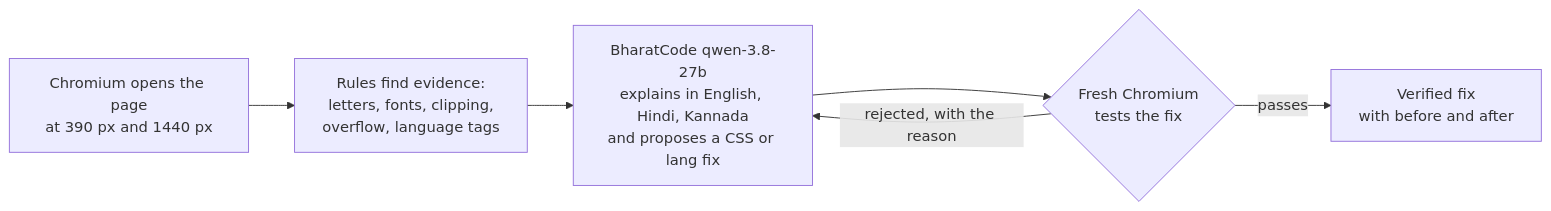
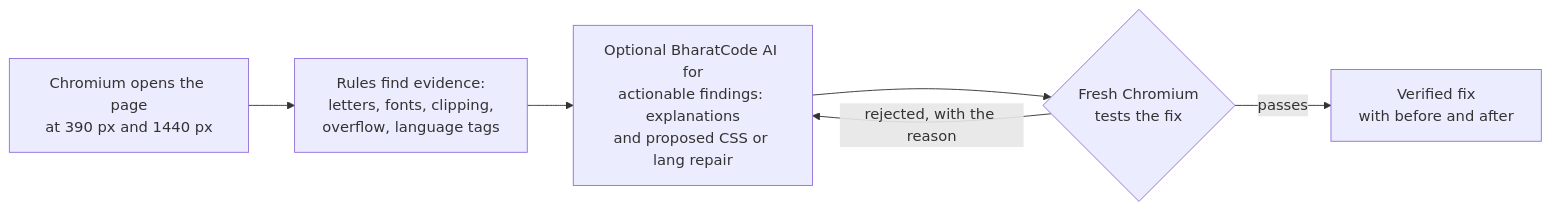
One commit to ashh-droid/AksharaCheck changed the diagram in README.md. Above: the diagram before and after it, drawn with Mermaid. The commit also changed other lines of this file and 3 other files, not shown here.

````diff
--- a/README.md
+++ b/README.md
@@ -23,8 +27,8 @@
 ```mermaid
 flowchart LR
     A[Chromium opens the page<br/>at 390 px and 1440 px] --> B[Rules find evidence:<br/>letters, fonts, clipping,<br/>overflow, language tags]
-    B --> C[BharatCode qwen-3.8-27b<br/>explains in English, Hindi, Kannada<br/>and proposes a CSS or lang fix]
+    B --> C[Optional BharatCode AI for<br/>actionable findings: explanations<br/>and proposed CSS or lang repair]
     C --> D{Fresh Chromium<br/>tests the fix}
     D -- passes --> E[Verified fix<br/>with before and after]
     D -- rejected, with the reason --> C
 ```
````
